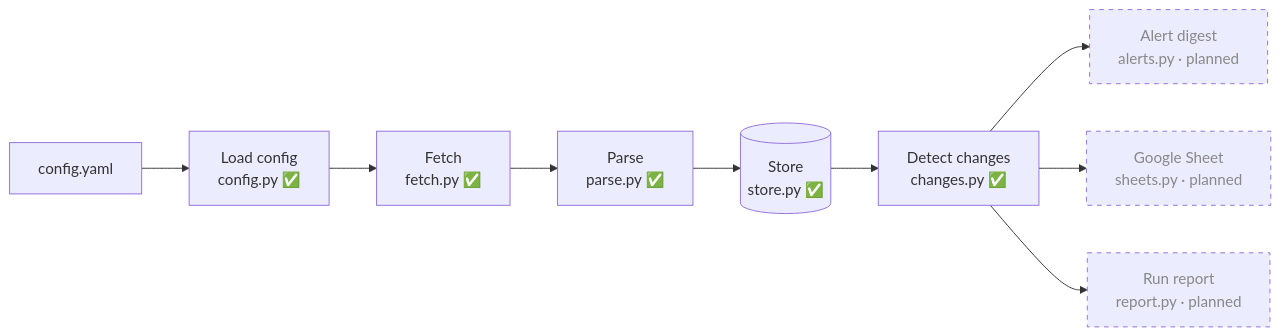
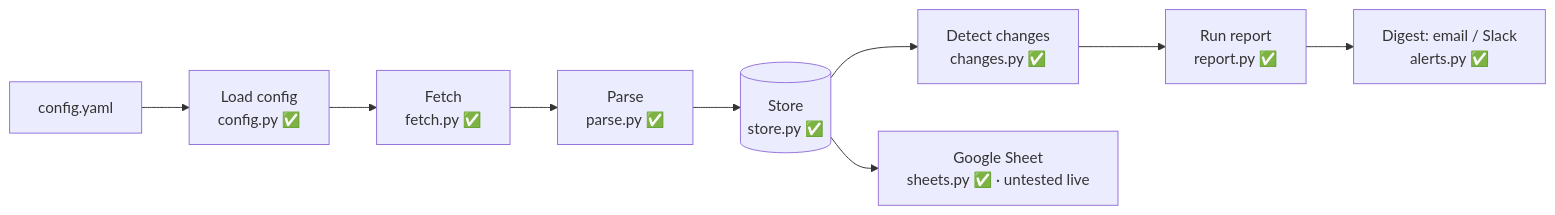
The first of 10 diagrams in ARCHITECTURE.md (yahani/kestrel), drawn with Mermaid before and after one commit. The commit also changed other lines of this file and 2 other files, not shown here.

Commit message:
Update ARCHITECTURE.md, README and PROGRESS.md for end of session 4

````diff
--- a/ARCHITECTURE.md
+++ b/ARCHITECTURE.md
@@ -20,14 +20,11 @@
 ```mermaid
 flowchart LR
     cfg[config.yaml] --> load["Load config<br/>config.py ✅"]
     load --> fetch["Fetch<br/>fetch.py ✅"]
     fetch --> parse["Parse<br/>parse.py ✅"]
     parse --> store[("Store<br/>store.py ✅")]
     store --> detect["Detect changes<br/>changes.py ✅"]
-    detect --> alert["Alert digest<br/>alerts.py · planned"]
-    detect --> sheets["Google Sheet<br/>sheets.py · planned"]
-    detect --> report["Run report<br/>report.py · planned"]
-
-    classDef planned stroke-dasharray: 5 5,color:#888
-    class alert,sheets,report planned
+    detect --> report["Run report<br/>report.py ✅"]
+    report --> alert["Digest: email / Slack<br/>alerts.py ✅"]
+    store --> sheets["Google Sheet<br/>sheets.py ✅ · untested live"]
 ```
````
